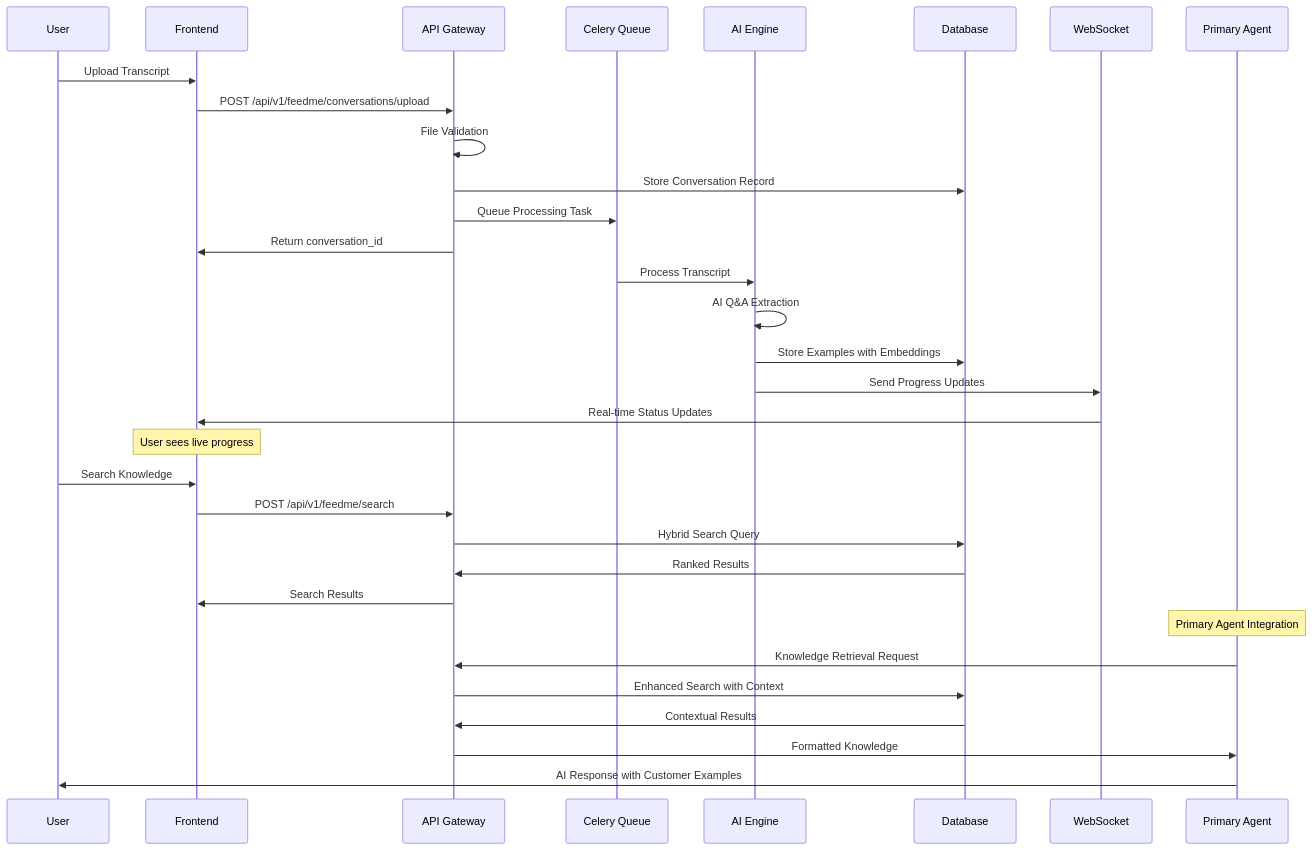
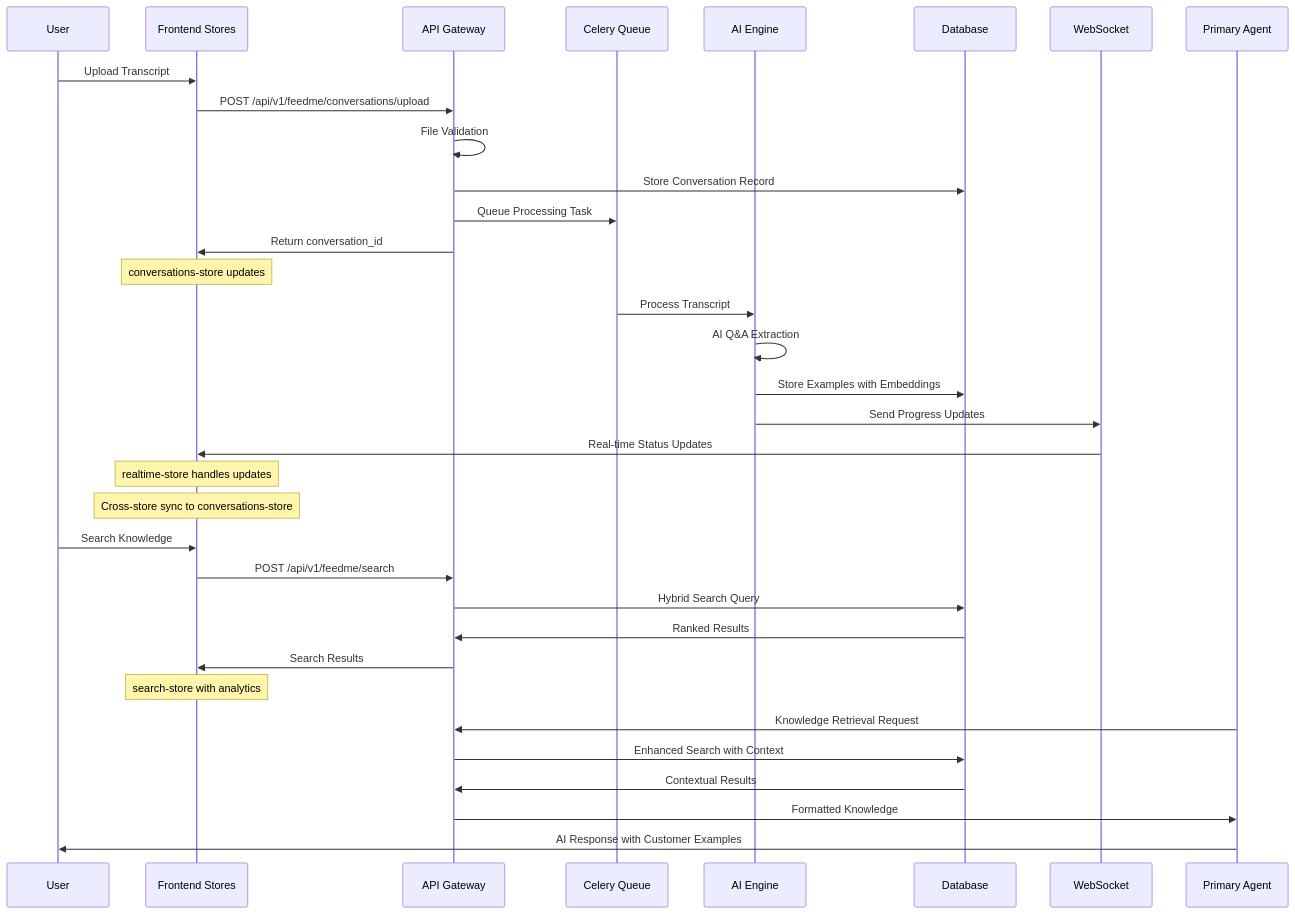
One commit to moonshubh/Agent_Sparrow changed the third of 3 diagrams in main_feature_docs/feedme/feedme_manager_dev_guide.md. Above: the diagram before and after it, drawn with Mermaid. The commit also changed other lines of this file and 41 other files, not shown here.

````diff
--- a/main_feature_docs/feedme/feedme_manager_dev_guide.md
+++ b/main_feature_docs/feedme/feedme_manager_dev_guide.md
@@ -81,40 +579,43 @@
 ```mermaid
 sequenceDiagram
     participant U as User
-    participant F as Frontend
+    participant F as Frontend Stores
     participant A as API Gateway
     participant Q as Celery Queue
     participant E as AI Engine
     participant D as Database
     participant W as WebSocket
     participant P as Primary Agent
     
     U->>F: Upload Transcript
     F->>A: POST /api/v1/feedme/conversations/upload
     A->>A: File Validation
     A->>D: Store Conversation Record
     A->>Q: Queue Processing Task
     A->>F: Return conversation_id
     
+    Note over F: conversations-store updates
+    
     Q->>E: Process Transcript
     E->>E: AI Q&A Extraction
     E->>D: Store Examples with Embeddings
     E->>W: Send Progress Updates
     W->>F: Real-time Status Updates
     
-    Note over F: User sees live progress
+    Note over F: realtime-store handles updates
+    Note over F: Cross-store sync to conversations-store
     
     U->>F: Search Knowledge
     F->>A: POST /api/v1/feedme/search
     A->>D: Hybrid Search Query
     D->>A: Ranked Results
     A->>F: Search Results
     
-    Note over P: Primary Agent Integration
+    Note over F: search-store with analytics
     
     P->>A: Knowledge Retrieval Request
     A->>D: Enhanced Search with Context
     D->>A: Contextual Results
     A->>P: Formatted Knowledge
     P->>U: AI Response with Customer Examples
 ```
````
